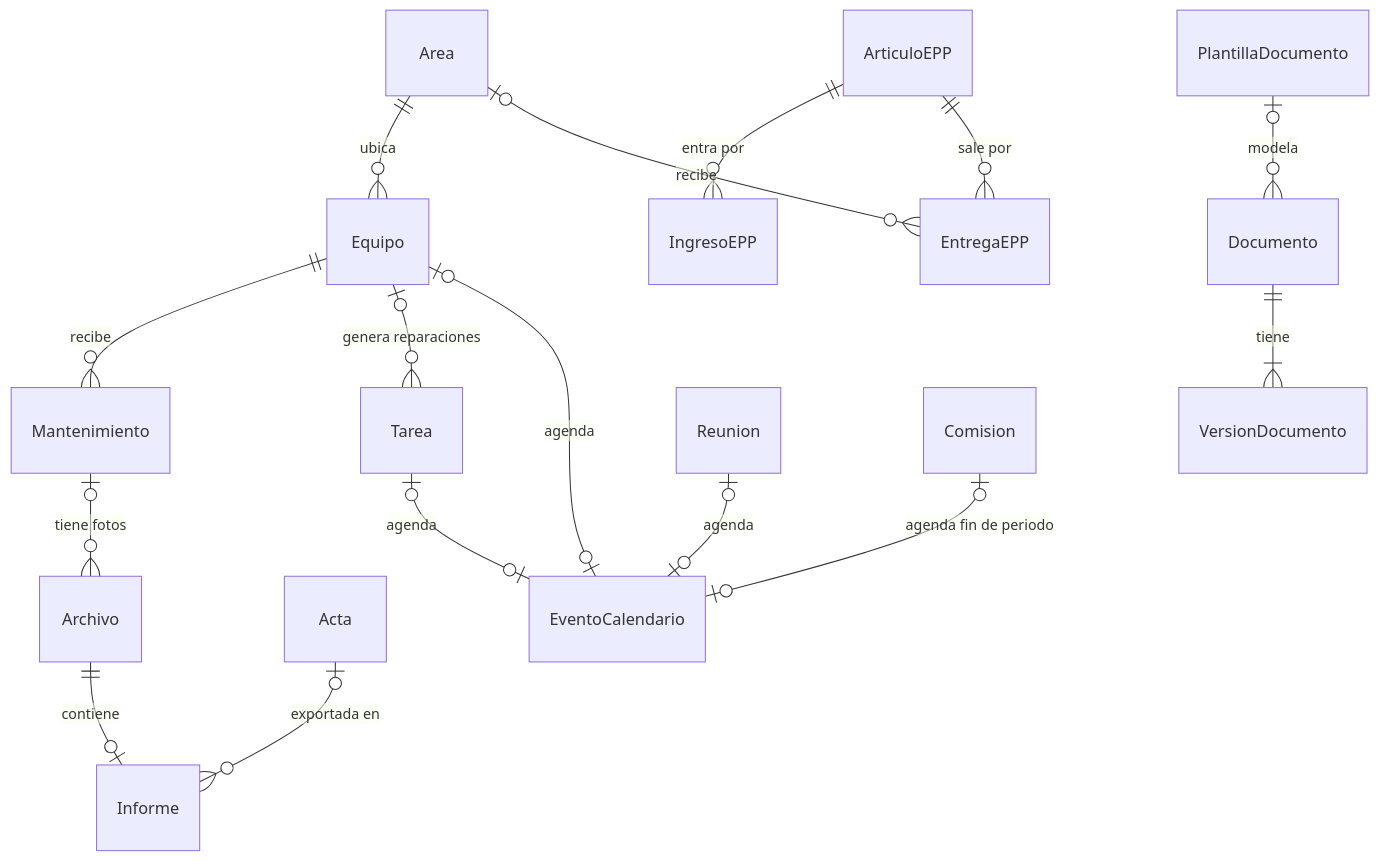
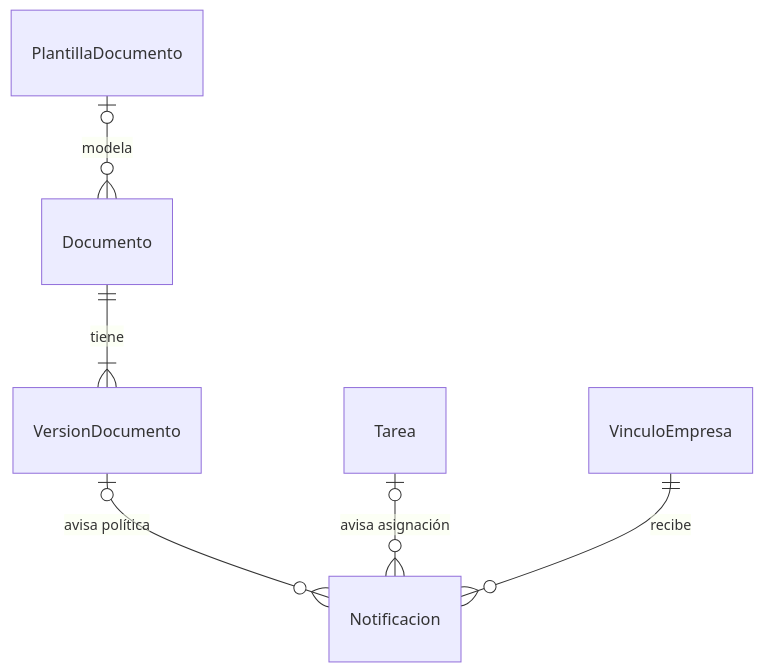
The fourth of 4 diagrams in 12-modelo-datos.md (ddestephen/Sistemas-Expertos), drawn with Mermaid before and after one commit. The commit also changed other lines of this file and 15 other files, not shown here.

````diff
--- a/12-modelo-datos.md
+++ b/12-modelo-datos.md
@@ -162,18 +154,8 @@
 ```mermaid
 erDiagram
-    Area ||--o{ Equipo : "ubica"
-    Equipo ||--o{ Mantenimiento : "recibe"
-    Mantenimiento |o--o{ Archivo : "tiene fotos"
-    Equipo |o--o{ Tarea : "genera reparaciones"
-    ArticuloEPP ||--o{ IngresoEPP : "entra por"
-    ArticuloEPP ||--o{ EntregaEPP : "sale por"
-    Area |o--o{ EntregaEPP : "recibe"
     PlantillaDocumento |o--o{ Documento : "modela"
     Documento ||--|{ VersionDocumento : "tiene"
-    Archivo ||--o| Informe : "contiene"
-    Acta |o--o{ Informe : "exportada en"
-    Tarea |o--o| EventoCalendario : "agenda"
-    Reunion |o--o| EventoCalendario : "agenda"
-    Equipo |o--o| EventoCalendario : "agenda"
-    Comision |o--o| EventoCalendario : "agenda fin de periodo"
+    VersionDocumento |o--o{ Notificacion : "avisa política"
+    Tarea |o--o{ Notificacion : "avisa asignación"
+    VinculoEmpresa ||--o{ Notificacion : "recibe"
 ```
````
